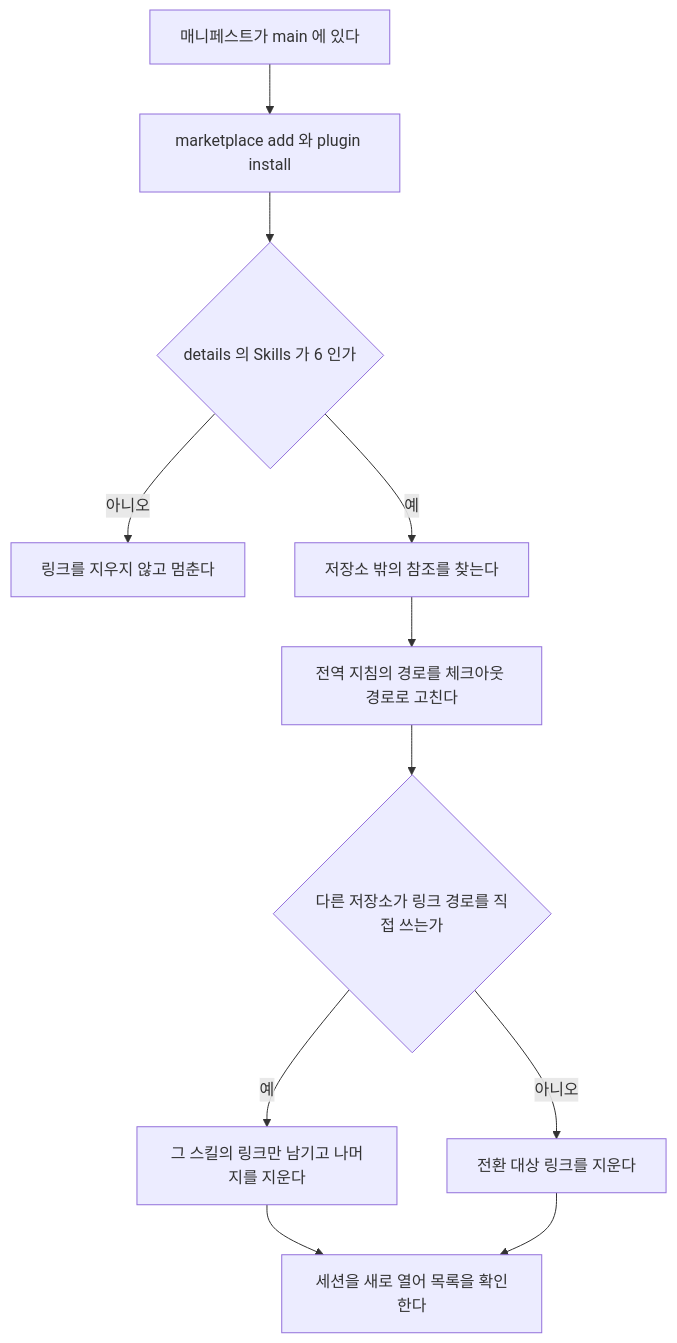
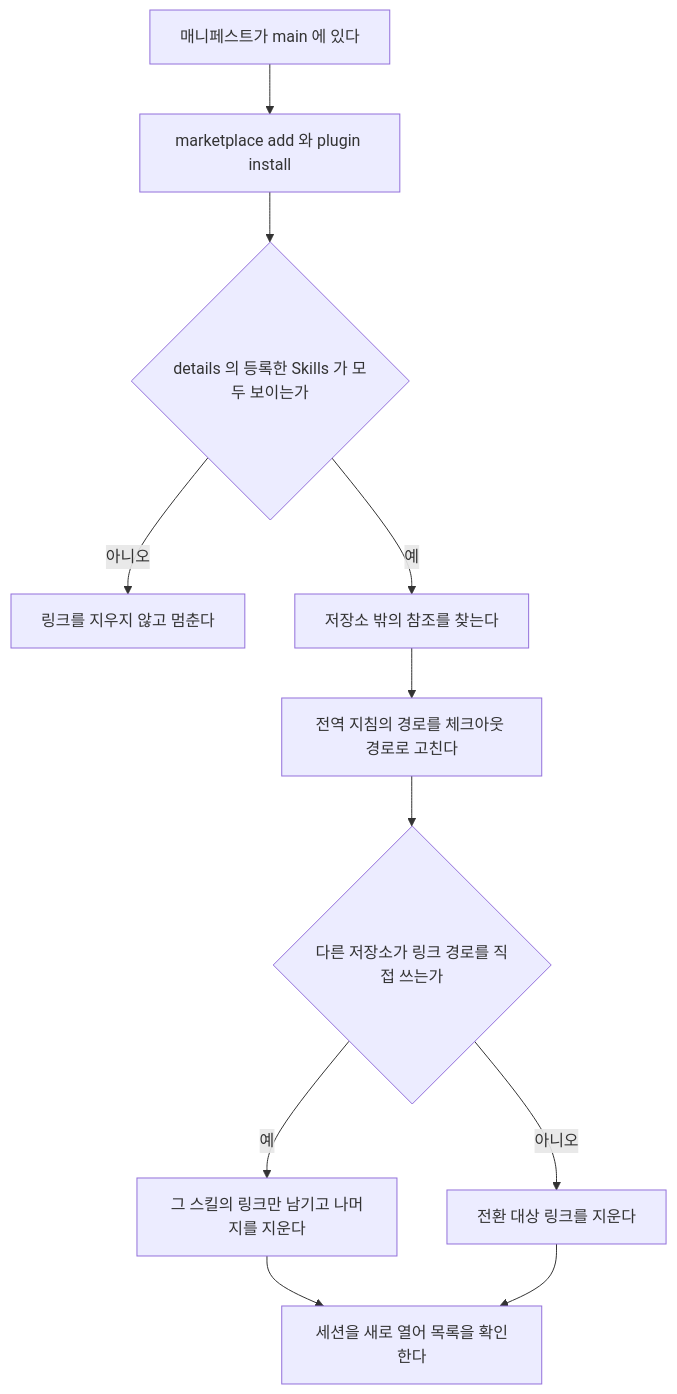
One commit to jon890/fos-skills changed the fourth of 8 diagrams in docs/flow.md. Above: the diagram before and after it, drawn with Mermaid. The commit also changed other lines of this file and 38 other files, not shown here.

````diff
--- a/docs/flow.md
+++ b/docs/flow.md
@@ -102,13 +102,13 @@
 ```mermaid
 flowchart TD
     A[매니페스트가 main 에 있다] --> B[marketplace add 와 plugin install]
-    B --> C{details 의 Skills 가 6 인가}
+    B --> C{details 의 등록한 Skills 가 모두 보이는가}
     C -- 아니오 --> C1[링크를 지우지 않고 멈춘다]
     C -- 예 --> D[저장소 밖의 참조를 찾는다]
     D --> E[전역 지침의 경로를 체크아웃 경로로 고친다]
     E --> F{다른 저장소가 링크 경로를 직접 쓰는가}
     F -- 예 --> G[그 스킬의 링크만 남기고 나머지를 지운다]
     F -- 아니오 --> H[전환 대상 링크를 지운다]
     G --> I[세션을 새로 열어 목록을 확인한다]
     H --> I
 ```
````
